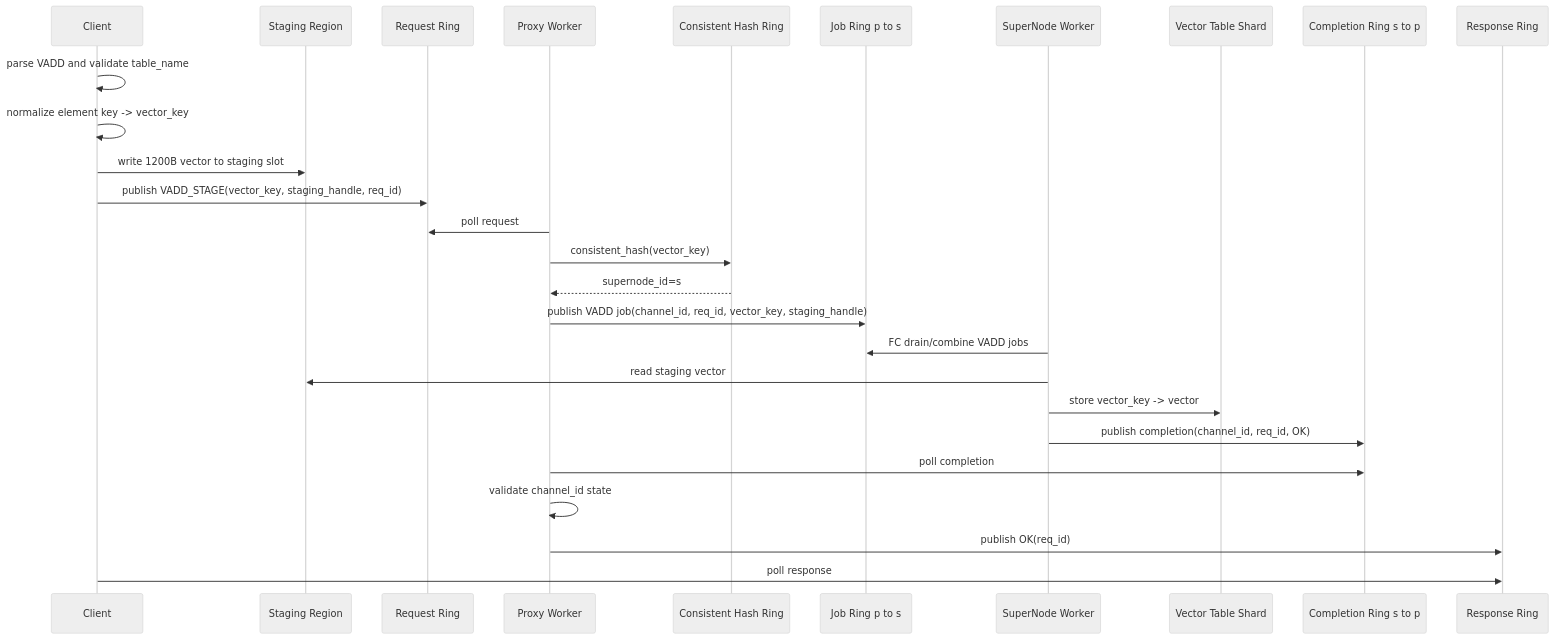
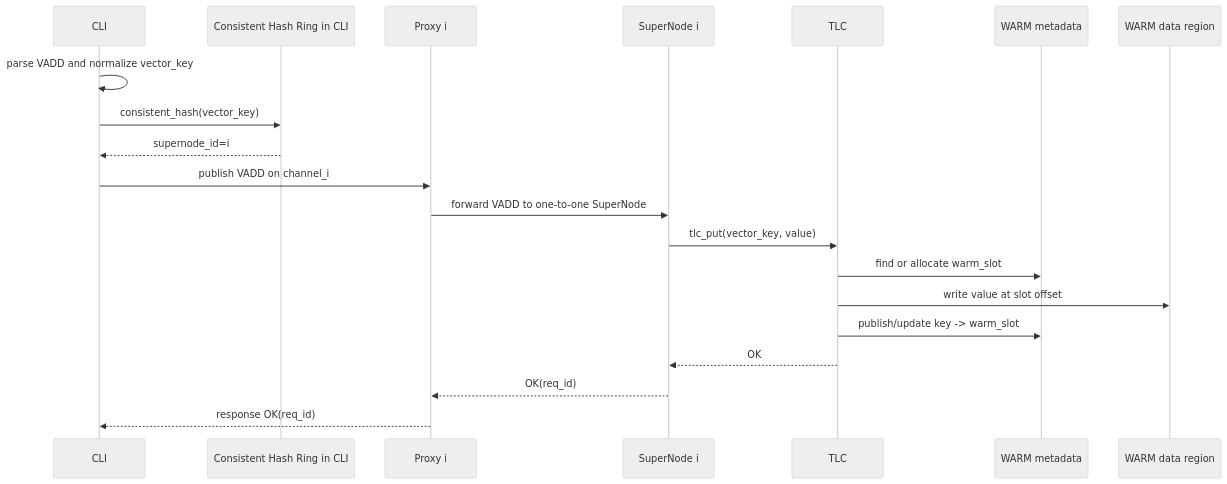
One commit to jialiuyu/redis changed the third of 4 diagrams in docs/VEMB_V16_MULTI_SUPERNODE_HASH_RING_DESIGN.md. Above: the diagram before and after it, drawn with Mermaid (neutral theme). The commit also changed other lines of this file and 1 other file, not shown here.

Commit message:
docs: clarify vemb v16 tlc warm model

````diff
--- a/docs/VEMB_V16_MULTI_SUPERNODE_HASH_RING_DESIGN.md
+++ b/docs/VEMB_V16_MULTI_SUPERNODE_HASH_RING_DESIGN.md
@@ -108,30 +161,23 @@
 ```mermaid
 sequenceDiagram
-    participant C as Client
-    participant ST as Staging Region
-    participant RQ as Request Ring
-    participant P as Proxy Worker
-    participant HR as Consistent Hash Ring
-    participant JQ as Job Ring p to s
-    participant SN as SuperNode Worker
-    participant T as Vector Table Shard
-    participant CQ as Completion Ring s to p
-    participant RS as Response Ring
+    participant CLI as CLI
+    participant HR as Consistent Hash Ring in CLI
+    participant P as Proxy i
+    participant SN as SuperNode i
+    participant TLC as TLC
+    participant WMETA as WARM metadata
+    participant WDATA as WARM data region
 
-    C->>C: parse VADD and validate table_name
-    C->>C: normalize element key -> vector_key
-    C->>ST: write 1200B vector to staging slot
-    C->>RQ: publish VADD_STAGE(vector_key, staging_handle, req_id)
-    P->>RQ: poll request
-    P->>HR: consistent_hash(vector_key)
-    HR-->>P: supernode_id=s
-    P->>JQ: publish VADD job(channel_id, req_id, vector_key, staging_handle)
-    SN->>JQ: FC drain/combine VADD jobs
-    SN->>ST: read staging vector
-    SN->>T: store vector_key -> vector
-    SN->>CQ: publish completion(channel_id, req_id, OK)
-    P->>CQ: poll completion
-    P->>P: validate channel_id state
-    P->>RS: publish OK(req_id)
-    C->>RS: poll response
+    CLI->>CLI: parse VADD and normalize vector_key
+    CLI->>HR: consistent_hash(vector_key)
+    HR-->>CLI: supernode_id=i
+    CLI->>P: publish VADD on channel_i
+    P->>SN: forward VADD to one-to-one SuperNode
+    SN->>TLC: tlc_put(vector_key, value)
+    TLC->>WMETA: find or allocate warm_slot
+    TLC->>WDATA: write value at slot offset
+    TLC->>WMETA: publish/update key -> warm_slot
+    TLC-->>SN: OK
+    SN-->>P: OK(req_id)
+    P-->>CLI: response OK(req_id)
 ```
````
